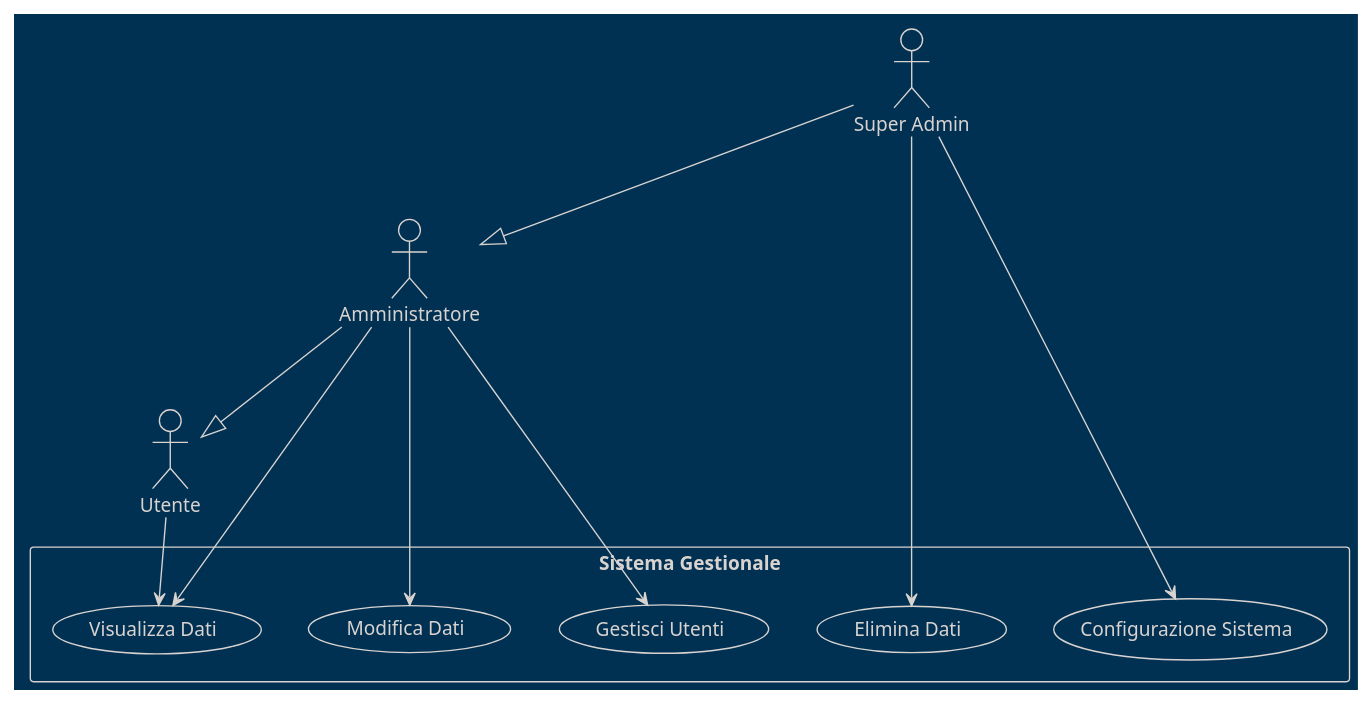
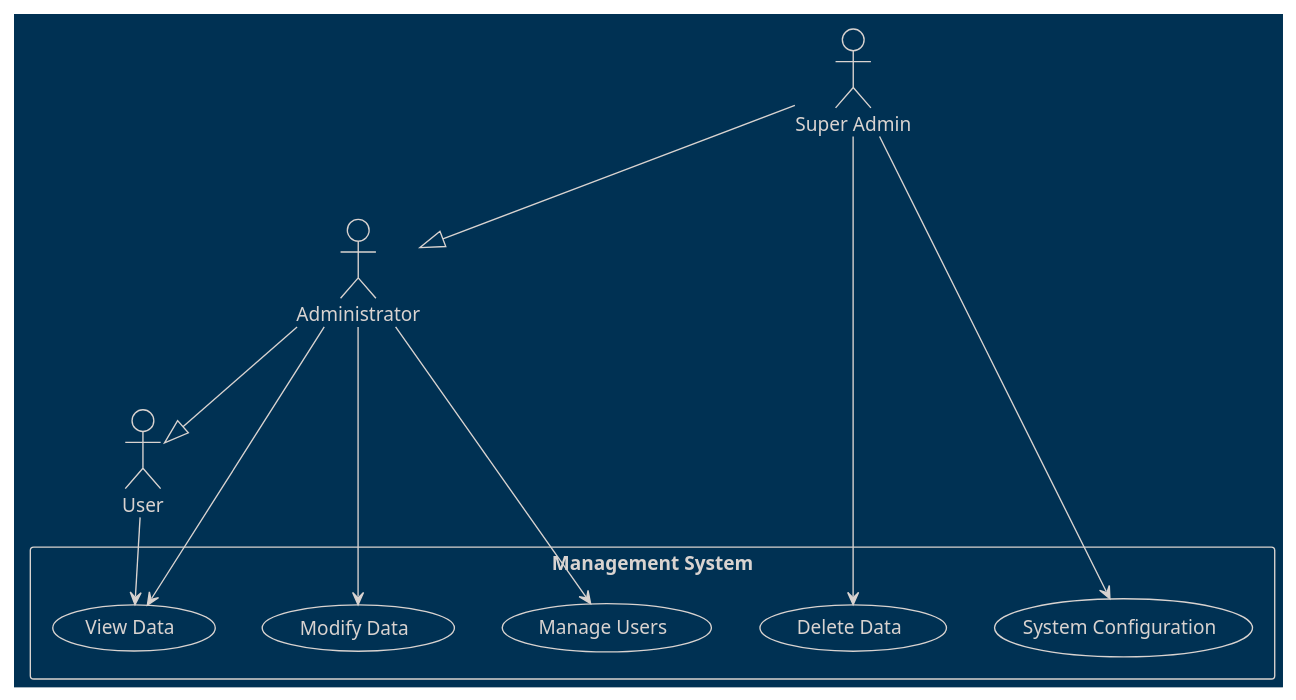
Diagram 12 of 21 in 03-behavioral-diagrams/use-case-diagrams/README.md (Seniorsimo/sas-template), drawn with PlantUML before and after one commit. The commit also changed other lines of this file and 49 other files, not shown here.

````diff
--- a/03-behavioral-diagrams/use-case-diagrams/README.md
+++ b/03-behavioral-diagrams/use-case-diagrams/README.md
@@ -135,27 +135,27 @@
 ```plantuml
 @startuml
 !theme blueprint
 
-actor "Utente" as U
-actor "Amministratore" as A
+actor "User" as U
+actor "Administrator" as A
 actor "Super Admin" as SA
 
-rectangle "Sistema Gestionale" {
-  usecase "Visualizza Dati" as UC1
-  usecase "Modifica Dati" as UC2
-  usecase "Elimina Dati" as UC3
-  usecase "Gestisci Utenti" as UC4
-  usecase "Configurazione Sistema" as UC5
+rectangle "Management System" {
+  usecase "View Data" as UC1
+  usecase "Modify Data" as UC2
+  usecase "Delete Data" as UC3
+  usecase "Manage Users" as UC4
+  usecase "System Configuration" as UC5
 }
 
 U --> UC1
 A --> UC1
 A --> UC2
 A --> UC4
 SA --> UC3
 SA --> UC5
 
 A --|> U
 SA --|> A
 @enduml
 ```
````
